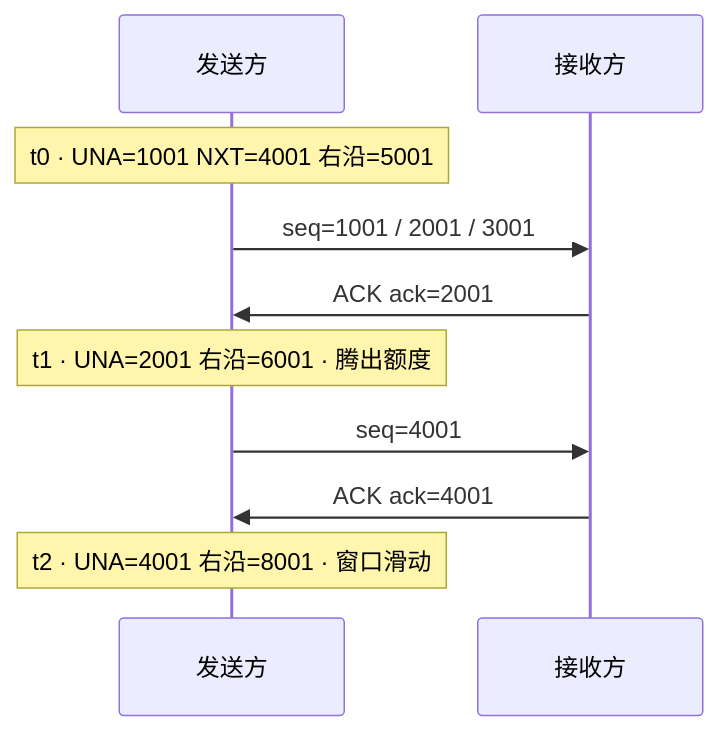
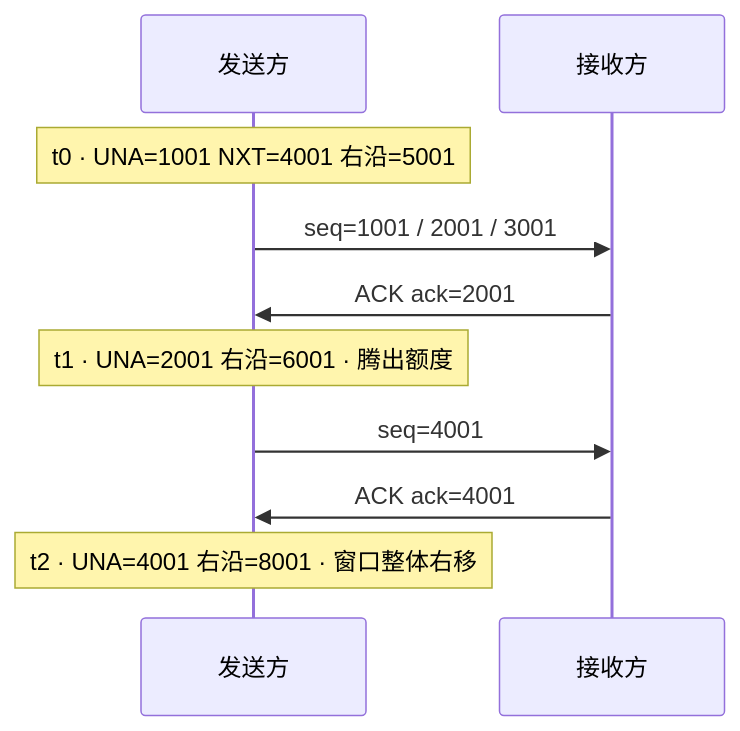
Before and after one commit to ml-cuizijun/LearnToLilith: the third of 9 diagrams in 01-基础底座/13-TCP与UDP/知识点.md, drawn with Mermaid. The commit also changed other lines of this file, not shown here.

````diff
--- a/01-基础底座/13-TCP与UDP/知识点.md
+++ b/01-基础底座/13-TCP与UDP/知识点.md
@@ -314,12 +182,12 @@
 ```mermaid
 sequenceDiagram
     participant S as 发送方
     participant R as 接收方
     Note over S: t0 · UNA=1001 NXT=4001 右沿=5001
     S->>R: seq=1001 / 2001 / 3001
     R->>S: ACK ack=2001
     Note over S: t1 · UNA=2001 右沿=6001 · 腾出额度
     S->>R: seq=4001
     R->>S: ACK ack=4001
-    Note over S: t2 · UNA=4001 右沿=8001 · 窗口滑动
+    Note over S: t2 · UNA=4001 右沿=8001 · 窗口整体右移
 ```
````
